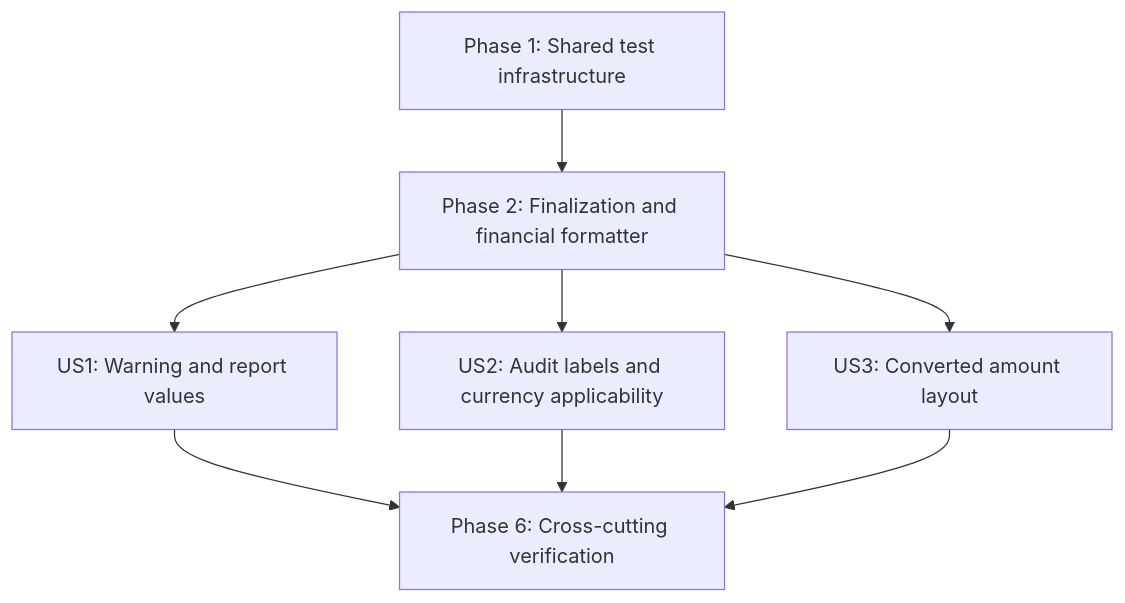
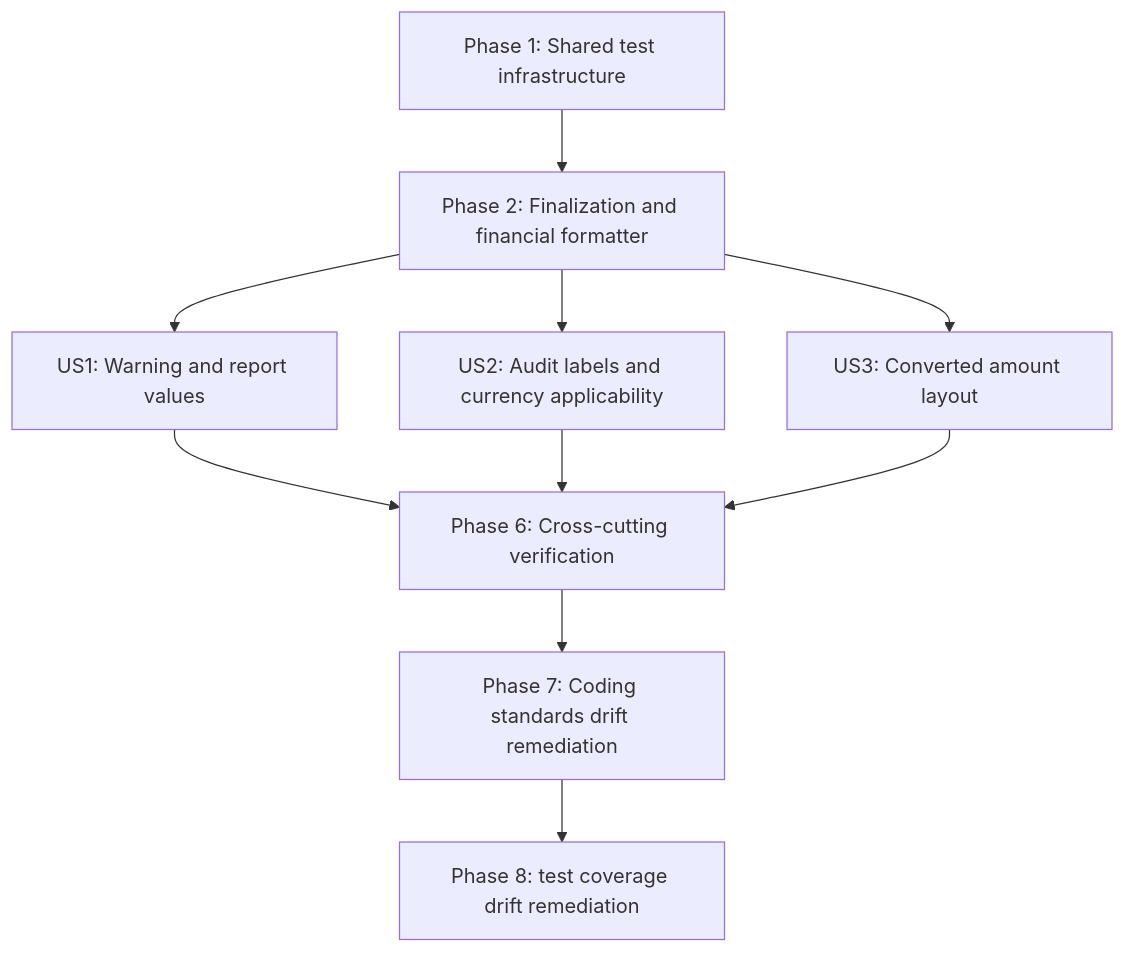
Before and after one commit to benizzio/ghostfolio-cryptogains: the diagram in specs/009-final-report-adjustments/tasks.md, drawn with Mermaid. The commit also changed other lines of this file and 122 other files, not shown here.

````diff
--- a/specs/009-final-report-adjustments/tasks.md
+++ b/specs/009-final-report-adjustments/tasks.md
@@ -266,10 +355,12 @@
 ```mermaid
 graph TD
     S[Phase 1: Shared test infrastructure] --> F[Phase 2: Finalization and financial formatter]
     F --> U1[US1: Warning and report values]
     F --> U2[US2: Audit labels and currency applicability]
     F --> U3[US3: Converted amount layout]
     U1 --> P[Phase 6: Cross-cutting verification]
     U2 --> P
     U3 --> P
+    P --> D[Phase 7: Coding standards drift remediation]
+    D --> C[Phase 8: test coverage drift remediation]
 ```
````
